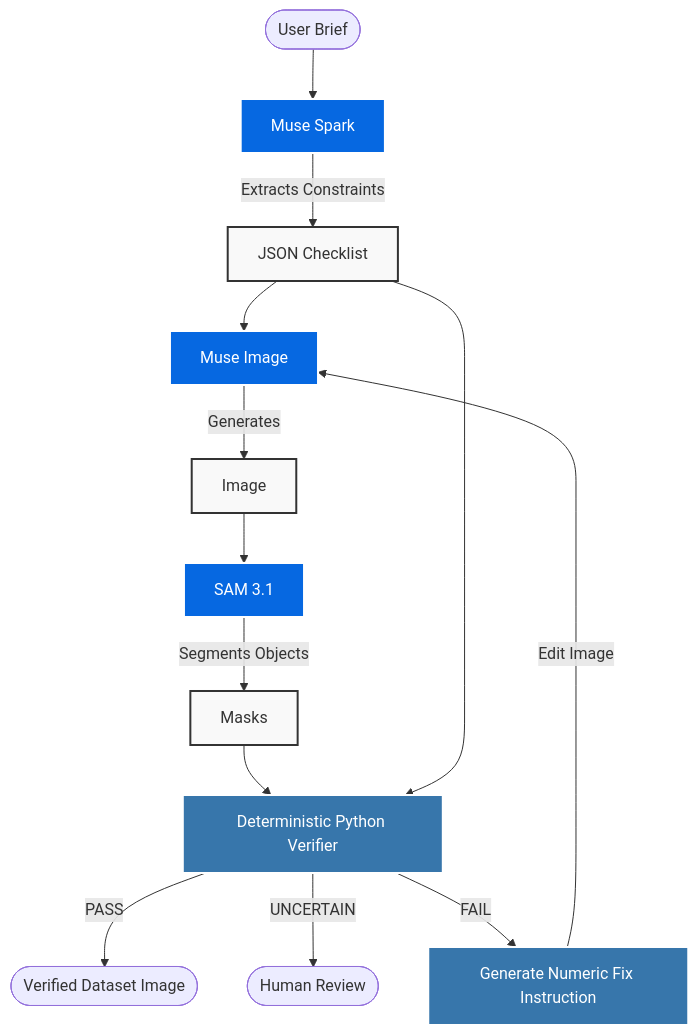
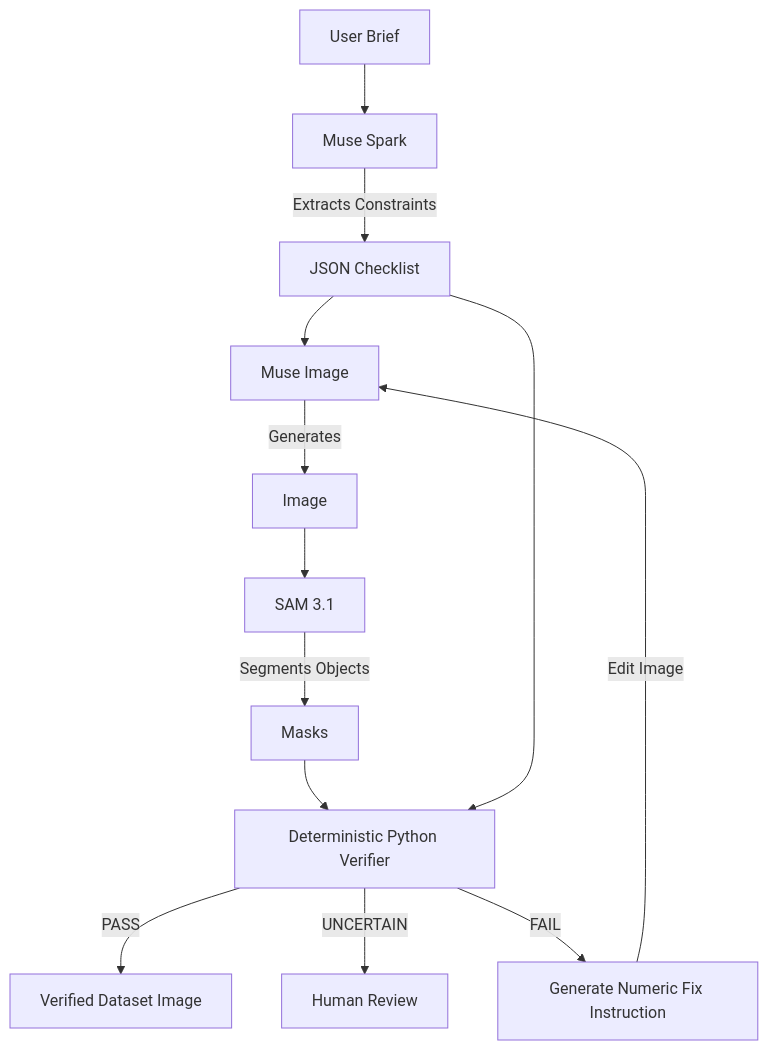
The diagram in README.md (yahiaongh/image-unit-tests), drawn with Mermaid before and after one commit.

Commit message:
docs: fix GitHub Mermaid rendering

````diff
--- a/README.md
+++ b/README.md
@@ -21,28 +21,20 @@
 ```mermaid
-flowchart TD
-    User([User Brief]) --> Spark[Muse Spark]
+graph TD
+    User[User Brief] --> Spark[Muse Spark]
     Spark -->|Extracts Constraints| JSON[JSON Checklist]
 
     JSON --> Image[Muse Image]
     Image -->|Generates| Img[Image]
 
     Img --> SAM[SAM 3.1]
     SAM -->|Segments Objects| Masks[Masks]
 
     Masks --> Verifier[Deterministic Python Verifier]
     JSON --> Verifier
 
-    Verifier -->|PASS| Output([Verified Dataset Image])
-    Verifier -->|UNCERTAIN| Human([Human Review])
+    Verifier -->|PASS| Output[Verified Dataset Image]
+    Verifier -->|UNCERTAIN| Human[Human Review]
 
     Verifier -->|FAIL| Fix[Generate Numeric Fix Instruction]
     Fix -->|Edit Image| Image
-
-    classDef meta fill:#0668E1,stroke:#fff,stroke-width:2px,color:#fff;
-    classDef python fill:#3776AB,stroke:#fff,stroke-width:2px,color:#fff;
-    classDef action fill:#f9f9f9,stroke:#333,stroke-width:2px;
-
-    class Spark,Image,SAM meta;
-    class Verifier,Fix python;
-    class JSON,Img,Masks action;
 ```
````
